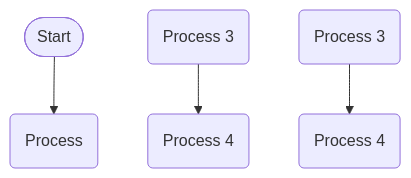
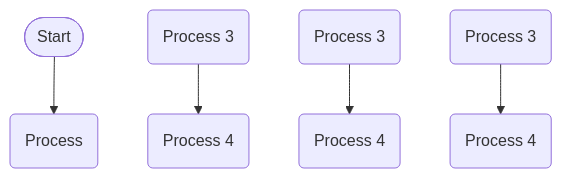
Before and after one commit to pingpm/mermaid_vault: the diagram in mmd/123_03dcaacf-7344-46b4-825a-33c6aabd6103.mmd, drawn with Mermaid. The commit also changed 6 other files, not shown here.

Commit message:
Sync Mermaid Studio data (27 diagrams)

```diff
--- a/mmd/123_03dcaacf-7344-46b4-825a-33c6aabd6103.mmd
+++ b/mmd/123_03dcaacf-7344-46b4-825a-33c6aabd6103.mmd
@@ -1,10 +1,13 @@
 flowchart TD
   n_0(["Start"])
   n_1("Process")
   n_2("Process 3")
   n_3("Process 4")
   n_4("Process 3")
   n_5("Process 4")
+  n_6("Process 3")
+  n_7("Process 4")
   n_0 --> n_1
   n_2 --> n_3
   n_4 --> n_5
+  n_6 --> n_7
```
